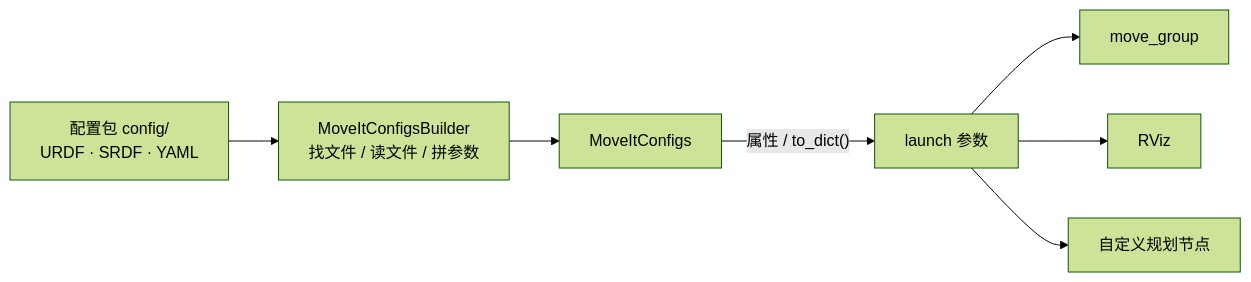
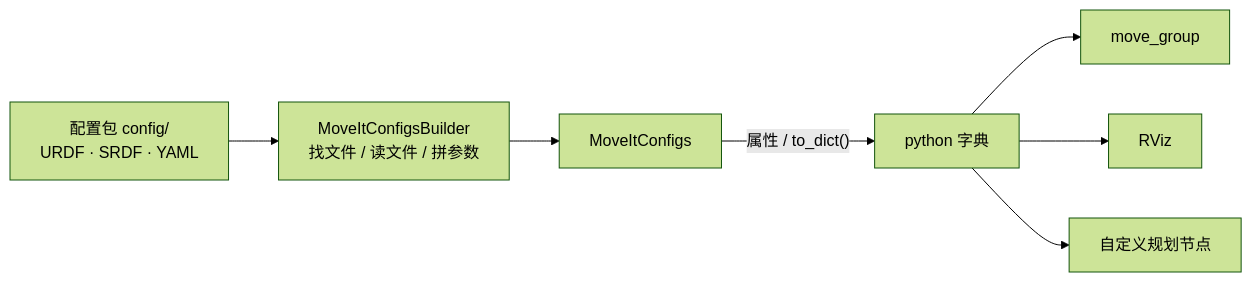
One commit to open-documents/robot changed the diagram in ros2-moveit2/配置打包器.md. Above: the diagram before and after it, drawn with Mermaid (forest theme). The commit also changed other lines of this file and 1 other file, not shown here.

````diff
--- a/ros2-moveit2/配置打包器.md
+++ b/ros2-moveit2/配置打包器.md
@@ -17,9 +5,9 @@
 ```mermaid
 flowchart LR
     F["配置包 config/<br/>URDF · SRDF · YAML"] --> B["MoveItConfigsBuilder<br/>找文件 / 读文件 / 拼参数"]
     B --> M["MoveItConfigs"]
-    M -->|"属性 / to_dict()"| L["launch 参数"]
+    M -->|"属性 / to_dict()"| L["python 字典"]
     L --> G["move_group"]
     L --> R["RViz"]
     L --> C["自定义规划节点"]
 ```
````
